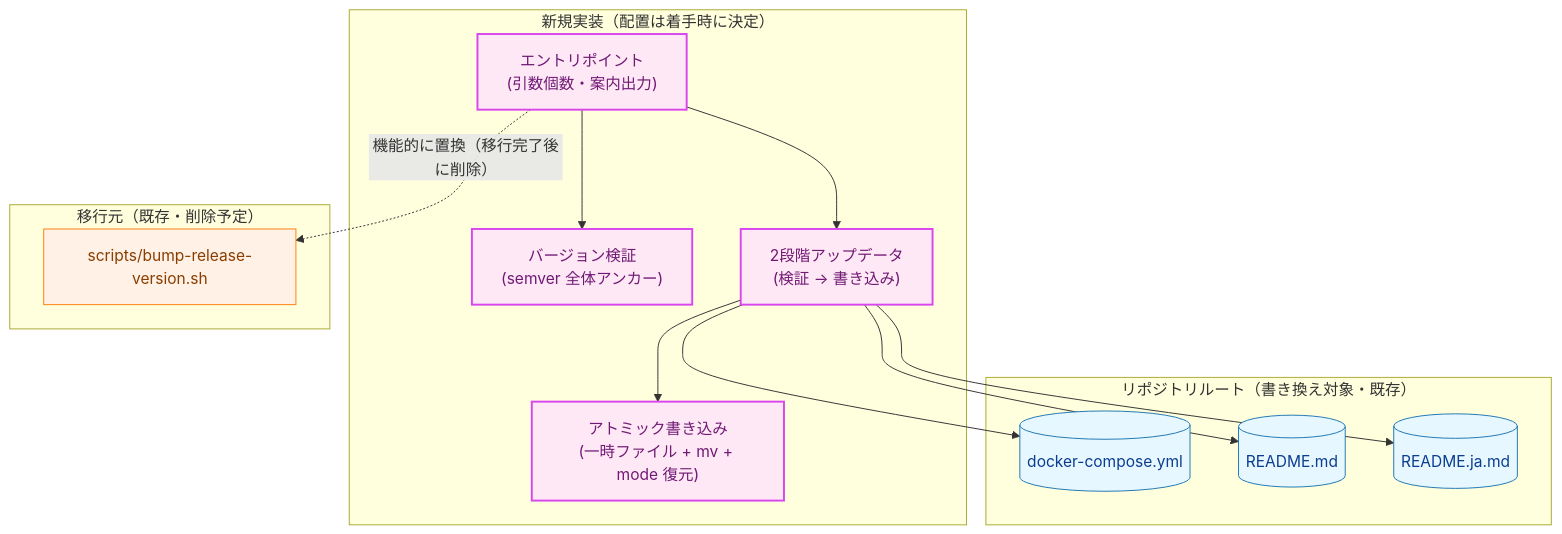
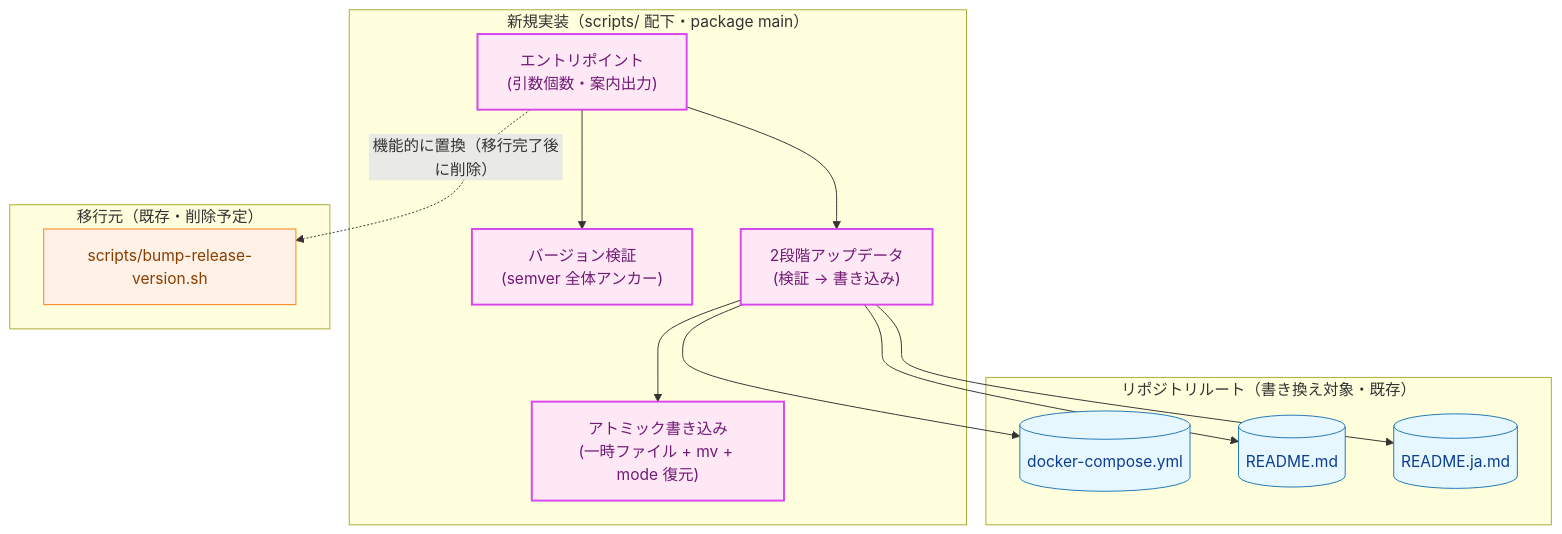
The second of 4 diagrams in docs/tasks/0018_bump_release_version_go_migration/02_architecture.md (isseis/bsky-cleaner), drawn with Mermaid before and after one commit. The commit also changed other lines of this file, not shown here.

First line of the commit message:
docs(0018): fix placement to scripts/ and scope in Package Reference update

````diff
--- a/docs/tasks/0018_bump_release_version_go_migration/02_architecture.md
+++ b/docs/tasks/0018_bump_release_version_go_migration/02_architecture.md
@@ -114,35 +114,35 @@
 ```mermaid
 flowchart TD
     classDef data fill:#e6f7ff,stroke:#1f77b4,stroke-width:1px,color:#0b3d91;
     classDef newpkg fill:#ffe8f5,stroke:#d946ef,stroke-width:2px,color:#701a75;
     classDef process fill:#fff1e6,stroke:#ff7f0e,stroke-width:1px,color:#8a3e00;
 
-    subgraph impl ["新規実装（配置は着手時に決定）"]
+    subgraph impl ["新規実装（scripts/ 配下・package main）"]
         ENTRY["エントリポイント<br>(引数個数・案内出力)"]
         VALIDATOR["バージョン検証<br>(semver 全体アンカー)"]
         UPDATER["2段階アップデータ<br>(検証 → 書き込み)"]
         WRITER["アトミック書き込み<br>(一時ファイル + mv + mode 復元)"]
         ENTRY --> VALIDATOR
         ENTRY --> UPDATER
         UPDATER --> WRITER
     end
 
     subgraph root ["リポジトリルート（書き換え対象・既存）"]
         COMPOSE[("docker-compose.yml")]
         READMEEN[("README.md")]
         READMEJA[("README.ja.md")]
     end
 
     subgraph legacy ["移行元（既存・削除予定）"]
         BASH["scripts/bump-release-version.sh"]
     end
 
     UPDATER --> COMPOSE
     UPDATER --> READMEEN
     UPDATER --> READMEJA
     ENTRY -.->|"機能的に置換（移行完了後に削除）"| BASH
 
     class ENTRY,VALIDATOR,UPDATER,WRITER newpkg
     class COMPOSE,READMEEN,READMEJA data
     class BASH process
 ```
````
